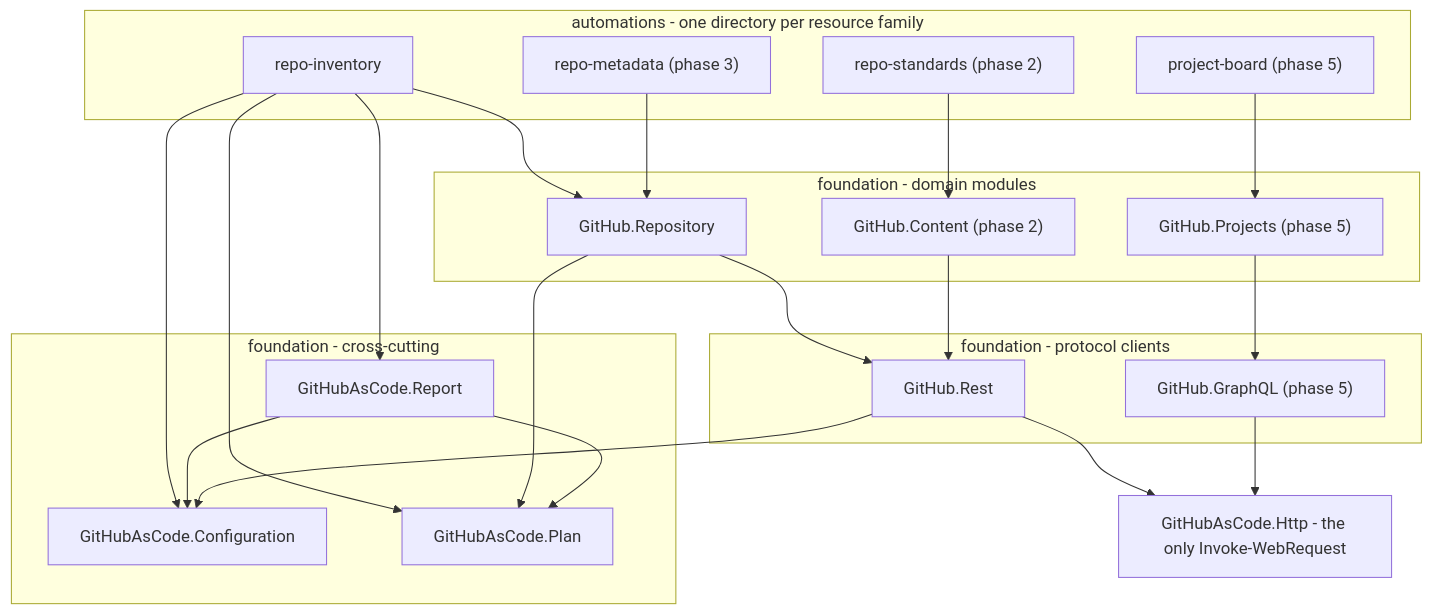
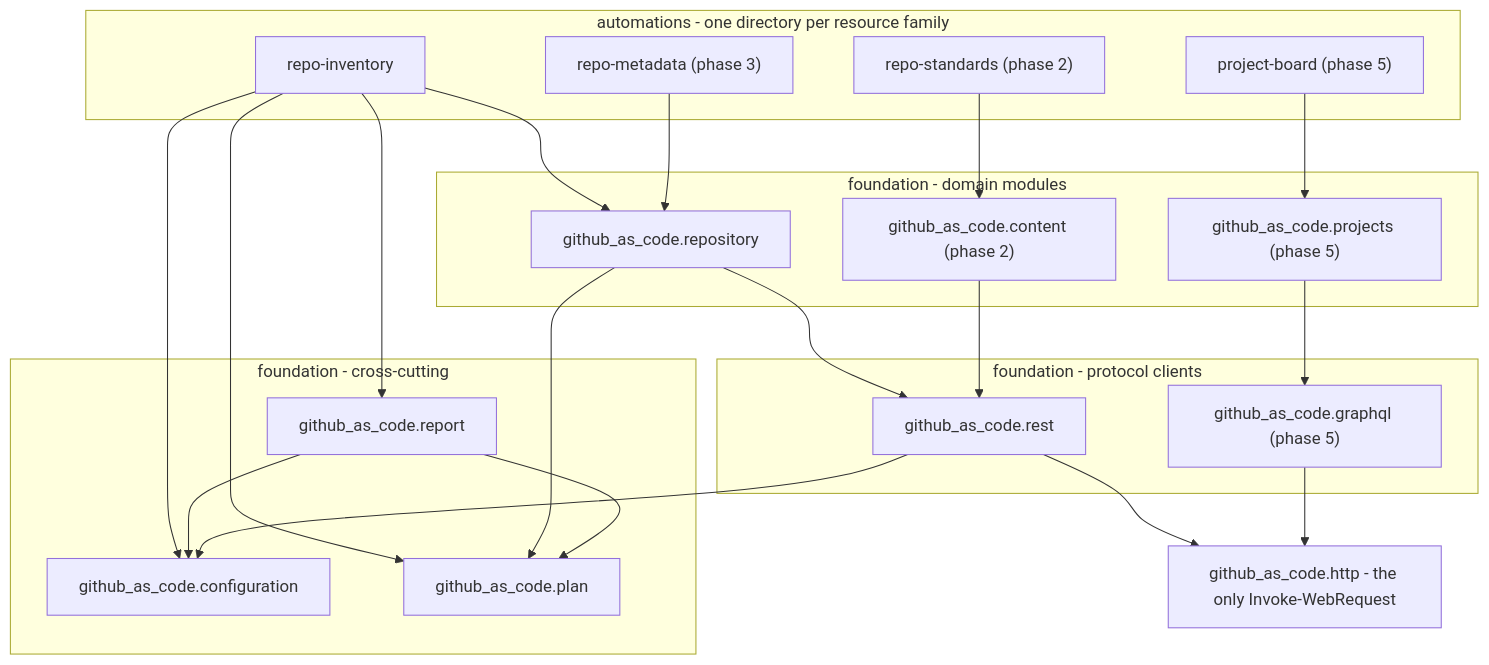
Before and after one commit to nehemias1999/GitHub_AsCode: the diagram in docs/reference/architecture.md, drawn with Mermaid. The commit also changed other lines of this file and 53 other files, not shown here.

````diff
--- a/docs/reference/architecture.md
+++ b/docs/reference/architecture.md
@@ -24,41 +24,41 @@
 ```mermaid
 flowchart TD
     subgraph entry [automations - one directory per resource family]
         RI[repo-inventory]
         RS["repo-standards (phase 2)"]
         RM["repo-metadata (phase 3)"]
         PB["project-board (phase 5)"]
     end
     subgraph domain [foundation - domain modules]
-        REPO[GitHub.Repository]
-        CONT["GitHub.Content (phase 2)"]
-        PROJ["GitHub.Projects (phase 5)"]
+        REPO[github_as_code.repository]
+        CONT["github_as_code.content (phase 2)"]
+        PROJ["github_as_code.projects (phase 5)"]
     end
     subgraph client [foundation - protocol clients]
-        REST[GitHub.Rest]
-        GQL["GitHub.GraphQL (phase 5)"]
+        REST[github_as_code.rest]
+        GQL["github_as_code.graphql (phase 5)"]
     end
     subgraph cross [foundation - cross-cutting]
-        CF[GitHubAsCode.Configuration]
-        PL[GitHubAsCode.Plan]
-        RP[GitHubAsCode.Report]
+        CF[github_as_code.configuration]
+        PL[github_as_code.plan]
+        RP[github_as_code.report]
     end
-    HTTP["GitHubAsCode.Http - the only Invoke-WebRequest"]
+    HTTP["github_as_code.http - the only Invoke-WebRequest"]
 
     RI --> REPO
     RS --> CONT
     RM --> REPO
     PB --> PROJ
     RI --> PL
     RI --> RP
     RI --> CF
     REPO --> REST
     REPO --> PL
     CONT --> REST
     PROJ --> GQL
     RP --> PL
     RP --> CF
     REST --> CF
     REST --> HTTP
     GQL --> HTTP
 ```
````
